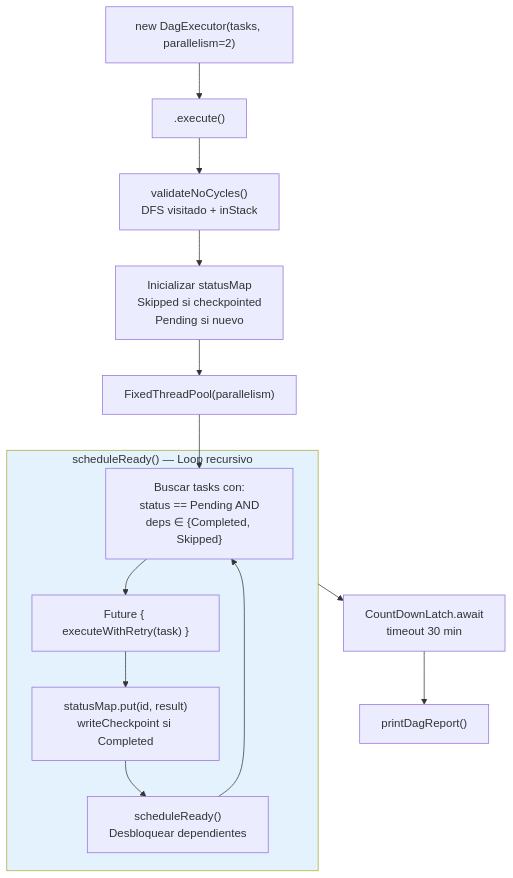
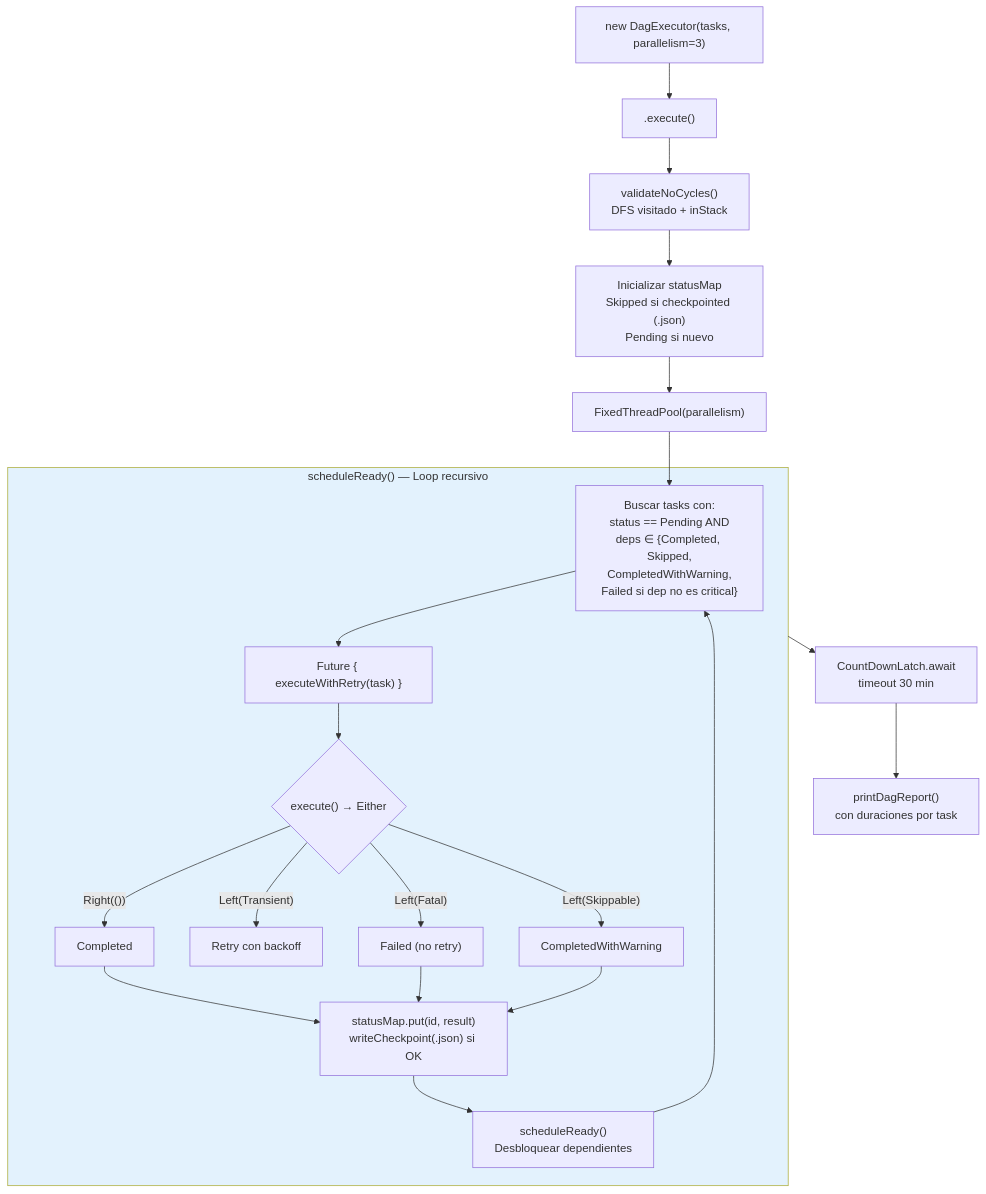
Diagram 12 of 22 in docs/README.md (federicopfund/Fabric_Analytics_Engineer), drawn with Mermaid before and after one commit. The commit also changed other lines of this file, not shown here.

First line of the commit message:
docs: actualizar README.md con cambios de arquitectura v4.0

````diff
--- a/docs/README.md
+++ b/docs/README.md
@@ -486,24 +662,29 @@
 ```mermaid
 flowchart TB
-    START["new DagExecutor(tasks, parallelism=2)"]
+    START["new DagExecutor(tasks, parallelism=3)"]
     START --> EXEC[".execute()"]
 
     EXEC --> VALIDATE["validateNoCycles()<br/>DFS visitado + inStack"]
-    VALIDATE --> INIT_STATUS["Inicializar statusMap<br/>Skipped si checkpointed<br/>Pending si nuevo"]
+    VALIDATE --> INIT_STATUS["Inicializar statusMap<br/>Skipped si checkpointed (.json)<br/>Pending si nuevo"]
 
     INIT_STATUS --> POOL["FixedThreadPool(parallelism)"]
     POOL --> SCHEDULE
 
     subgraph Loop["scheduleReady() — Loop recursivo"]
-        SCHEDULE["Buscar tasks con:<br/>status == Pending AND<br/>deps ∈ {Completed, Skipped}"]
+        SCHEDULE["Buscar tasks con:<br/>status == Pending AND<br/>deps ∈ {Completed, Skipped,<br/>CompletedWithWarning,<br/>Failed si dep no es critical}"]
         SCHEDULE --> LAUNCH["Future { executeWithRetry(task) }"]
-        LAUNCH --> UPDATE["statusMap.put(id, result)<br/>writeCheckpoint si Completed"]
+        LAUNCH --> RESULT{"execute() → Either"}
+        RESULT -->|"Right(())"| OK["Completed"]
+        RESULT -->|"Left(Transient)"| RETRY["Retry con backoff"]
+        RESULT -->|"Left(Fatal)"| FAIL["Failed (no retry)"]
+        RESULT -->|"Left(Skippable)"| WARN["CompletedWithWarning"]
+        OK & FAIL & WARN --> UPDATE["statusMap.put(id, result)<br/>writeCheckpoint(.json) si OK"]
         UPDATE --> RESCHEDULE["scheduleReady()<br/>Desbloquear dependientes"]
         RESCHEDULE --> SCHEDULE
     end
 
     Loop --> LATCH["CountDownLatch.await<br/>timeout 30 min"]
-    LATCH --> REPORT["printDagReport()"]
+    LATCH --> REPORT["printDagReport()<br/>con duraciones por task"]
 
     style Loop fill:#e3f2fd
 ```
````
